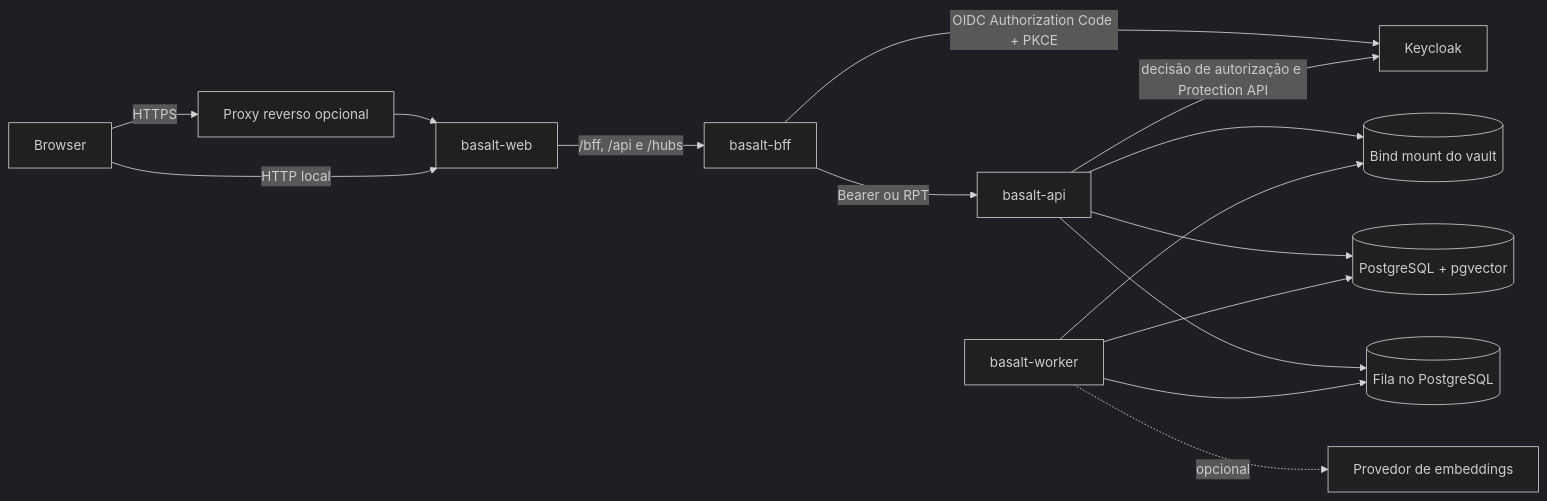
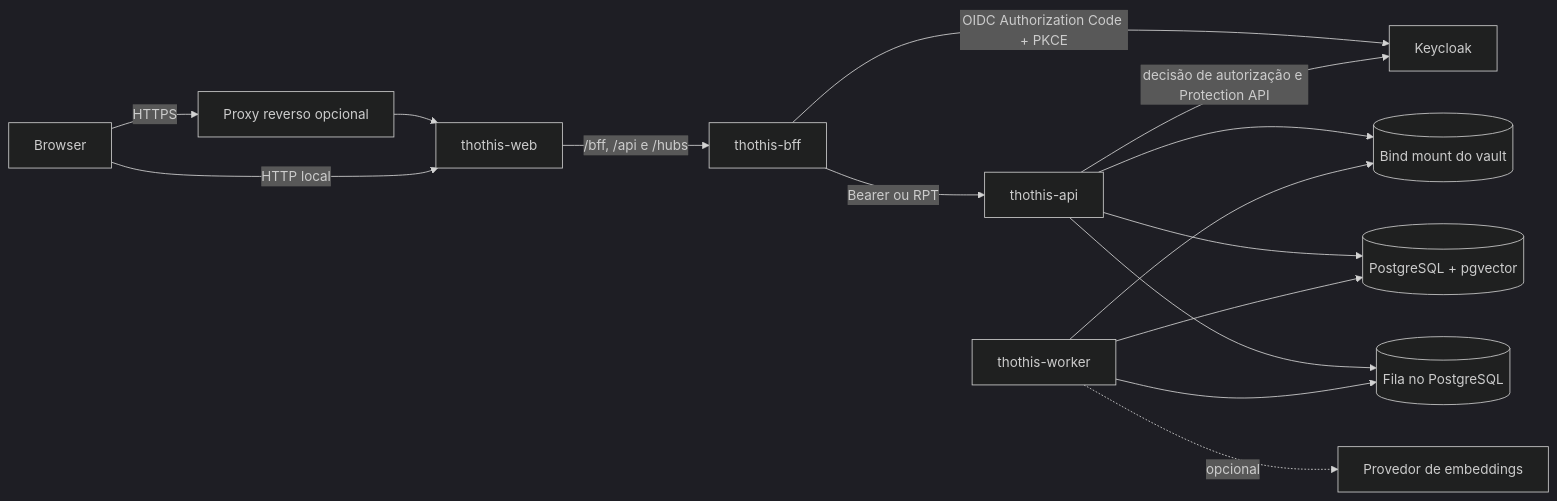
The diagram in README.md (altivy-it/nodra), drawn with Mermaid (dark theme) before and after one commit. The commit also changed other lines of this file and 64 other files, not shown here.

````diff
--- a/README.md
+++ b/README.md
@@ -116,17 +120,17 @@
 ```mermaid
 flowchart LR
     U[Browser] -->|HTTPS| P[Proxy reverso opcional]
-    P --> W[basalt-web]
+    P --> W[thothis-web]
     U -->|HTTP local| W
-    W -->|/bff, /api e /hubs| B[basalt-bff]
+    W -->|/bff, /api e /hubs| B[thothis-bff]
     B -->|OIDC Authorization Code + PKCE| KC[Keycloak]
-    B -->|Bearer ou RPT| A[basalt-api]
+    B -->|Bearer ou RPT| A[thothis-api]
     A -->|decisão de autorização e Protection API| KC
     A --> V[(Bind mount do vault)]
     A --> D[(PostgreSQL + pgvector)]
     A --> Q[(Fila no PostgreSQL)]
-    R[basalt-worker] --> Q
+    R[thothis-worker] --> Q
     R --> V
     R --> D
     R -. opcional .-> E[Provedor de embeddings]
 ```
````
